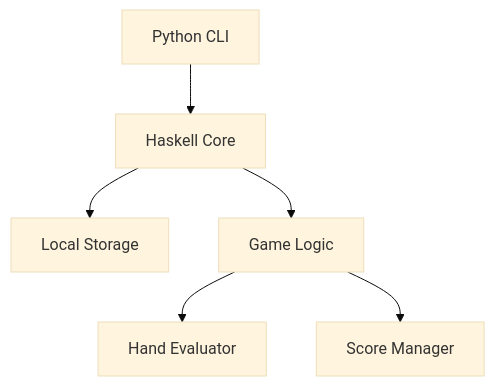
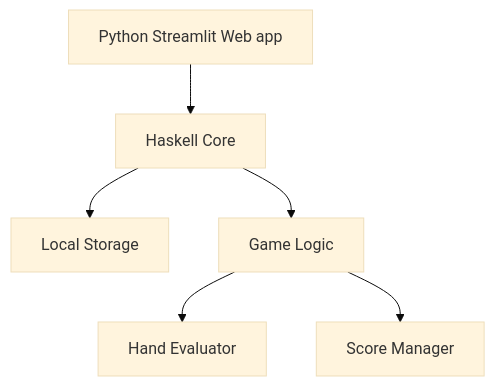
One commit to 15eb1137/rainbow changed the first of 2 diagrams in docs/mvp_dd.md. Above: the diagram before and after it, drawn with Mermaid (base theme). The commit also changed other lines of this file and 1 other file, not shown here.

Commit message:
document: use streamlit

````diff
--- a/docs/mvp_dd.md
+++ b/docs/mvp_dd.md
@@ -9,8 +9,8 @@
 ```mermaid
 graph TD
-    A[Python CLI] --> B[Haskell Core]
+    A[Python Streamlit Web app] --> B[Haskell Core]
     B --> C[Local Storage]
     B --> D[Game Logic]
     D --> E[Hand Evaluator]
     D --> F[Score Manager]
 ```
````
